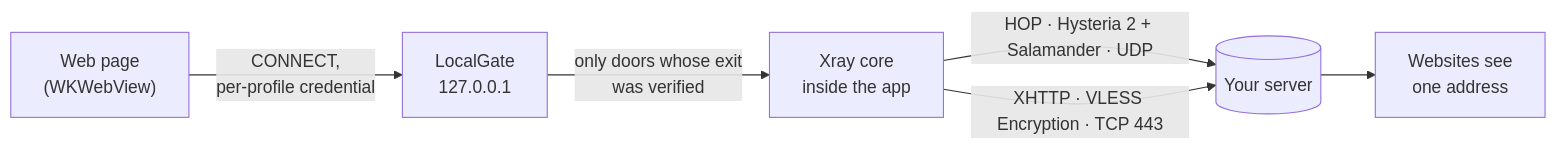
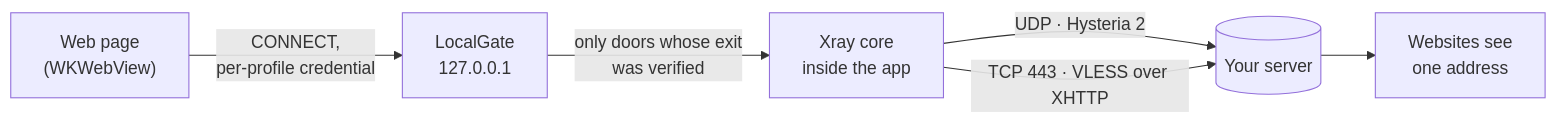
Before and after one commit to viktorvich/ip-browser: the diagram in README.md, drawn with Mermaid. The commit also changed other lines of this file and 36 other files, not shown here.

Commit message:
Texts: a browser that uses your own server's IP, in the app, the store, the READMEs and docs; App Store build 29 (export of 89d9fbf)

````diff
--- a/README.md
+++ b/README.md
@@ -99,8 +99,8 @@
 ```mermaid
 flowchart LR
     P["Web page<br/>(WKWebView)"] -- "CONNECT,<br/>per-profile credential" --> G["LocalGate<br/>127.0.0.1"]
     G -- "only doors whose exit<br/>was verified" --> X["Xray core<br/>inside the app"]
-    X -- "HOP · Hysteria 2 + Salamander · UDP" --> S[("Your server")]
-    X -- "XHTTP · VLESS Encryption · TCP 443" --> S
+    X -- "UDP · Hysteria 2" --> S[("Your server")]
+    X -- "TCP 443 · VLESS over XHTTP" --> S
     S --> W["Websites see<br/>one address"]
 ```
````
